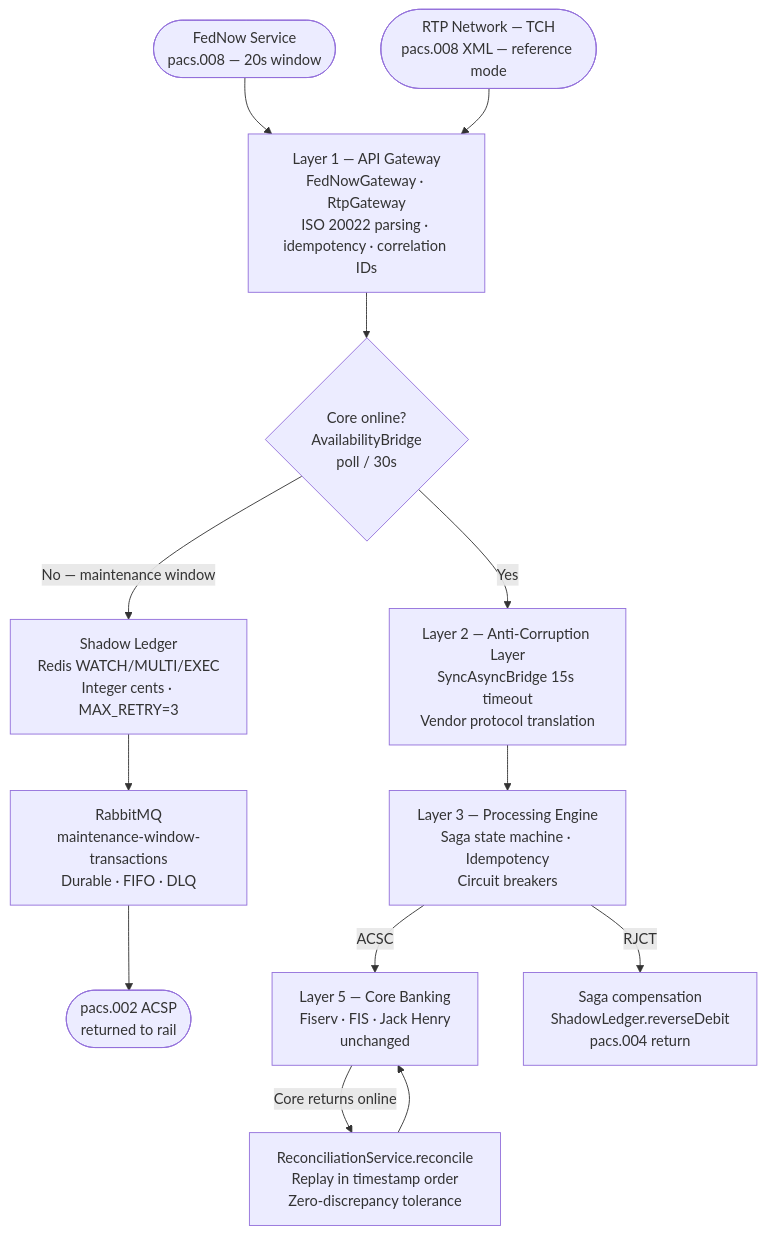
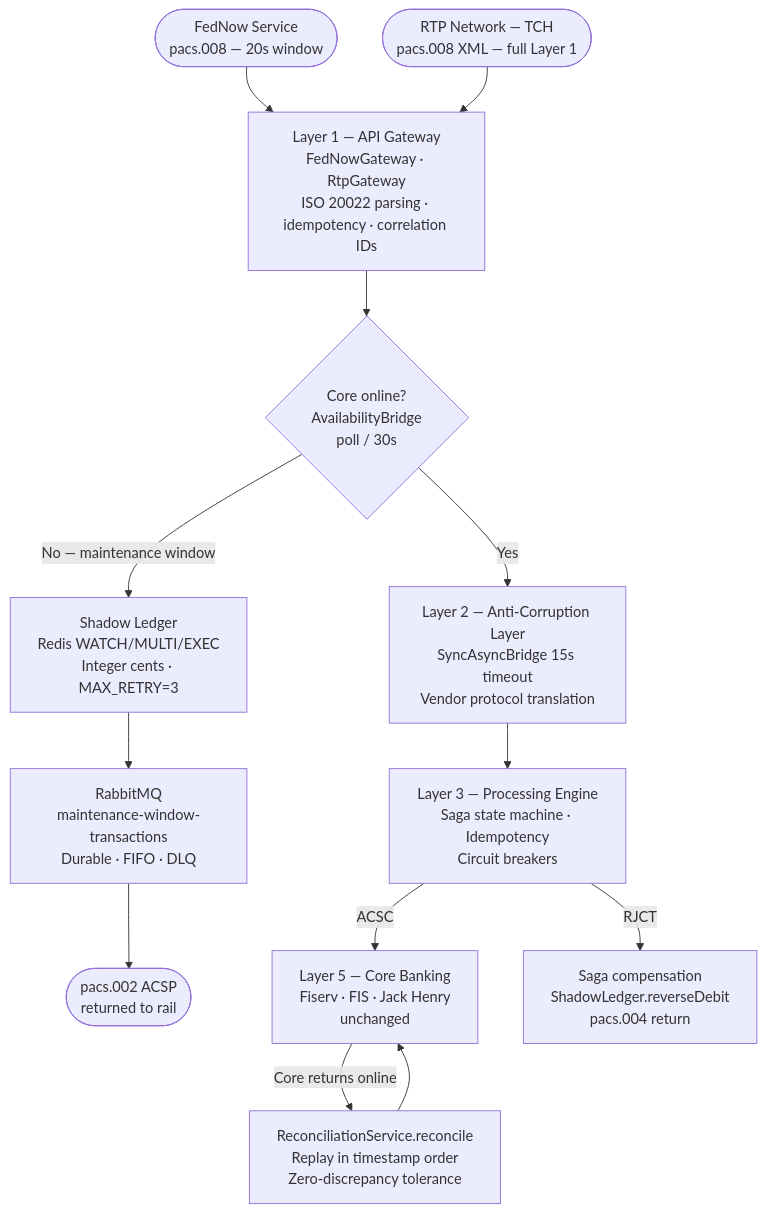
Before and after one commit to danielsmori/open-fednow: the diagram in README.md, drawn with Mermaid. The commit also changed other lines of this file and 1 other file, not shown here.

First line of the commit message:
Remove stale 'reference mode' language; update Layer 1 docs for dual-rail

````diff
--- a/README.md
+++ b/README.md
@@ -47,24 +47,24 @@
 ```mermaid
 flowchart TD
     FN([FedNow Service\npacs.008 — 20s window])
-    RTP([RTP Network — TCH\npacs.008 XML — reference mode])
+    RTP([RTP Network — TCH\npacs.008 XML — full Layer 1])
 
     FN  --> GW["Layer 1 — API Gateway\nFedNowGateway · RtpGateway\nISO 20022 parsing · idempotency · correlation IDs"]
     RTP --> GW
 
     GW --> CHK{Core online?\nAvailabilityBridge\npoll / 30s}
 
     CHK -->|Yes| ACL["Layer 2 — Anti-Corruption Layer\nSyncAsyncBridge 15s timeout\nVendor protocol translation"]
     CHK -->|No — maintenance window| SL["Shadow Ledger\nRedis WATCH/MULTI/EXEC\nInteger cents · MAX_RETRY=3"]
 
     SL --> MQ["RabbitMQ\nmaintenance-window-transactions\nDurable · FIFO · DLQ"]
     MQ --> ACSP([pacs.002 ACSP\nreturned to rail])
 
     ACL --> PE["Layer 3 — Processing Engine\nSaga state machine · Idempotency\nCircuit breakers"]
 
     PE -->|ACSC| CORE["Layer 5 — Core Banking\nFiserv · FIS · Jack Henry\nunchanged"]
     PE -->|RJCT| COMP["Saga compensation\nShadowLedger.reverseDebit\npacs.004 return"]
 
     CORE -->|Core returns online| RECON["ReconciliationService.reconcile\nReplay in timestamp order\nZero-discrepancy tolerance"]
     RECON --> CORE
 ```
````
